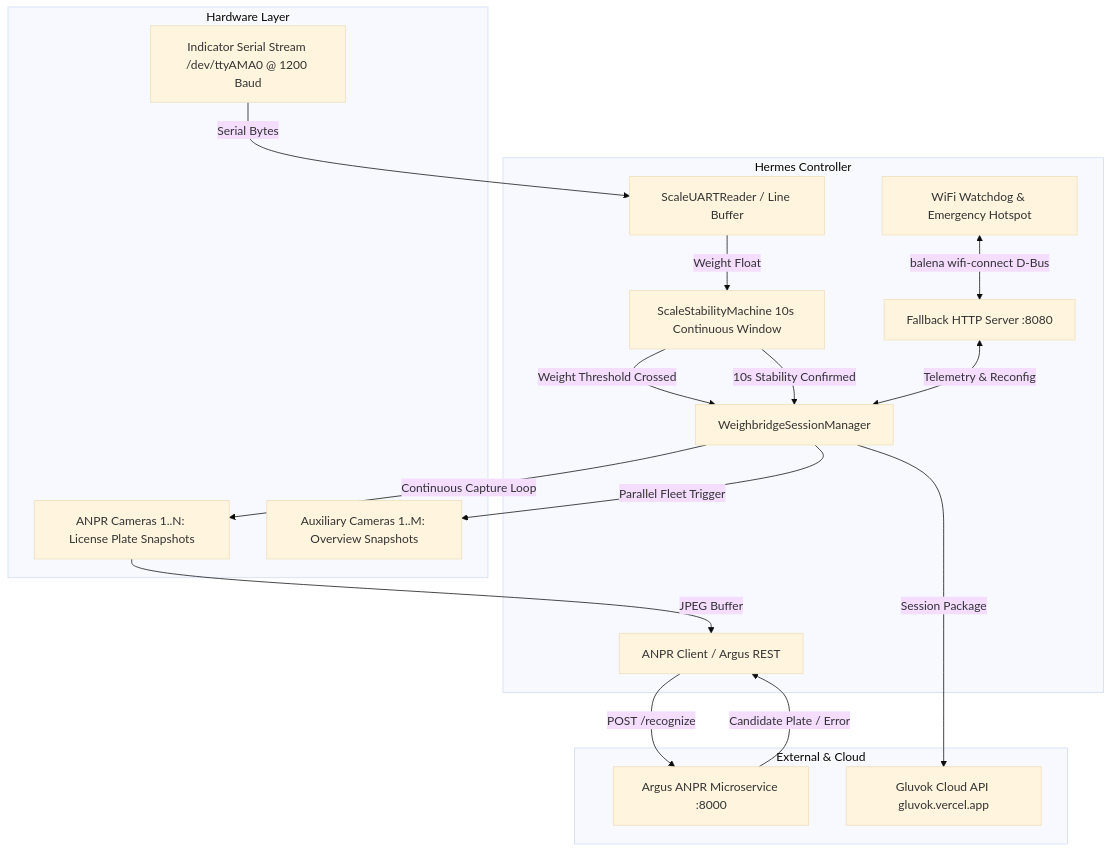
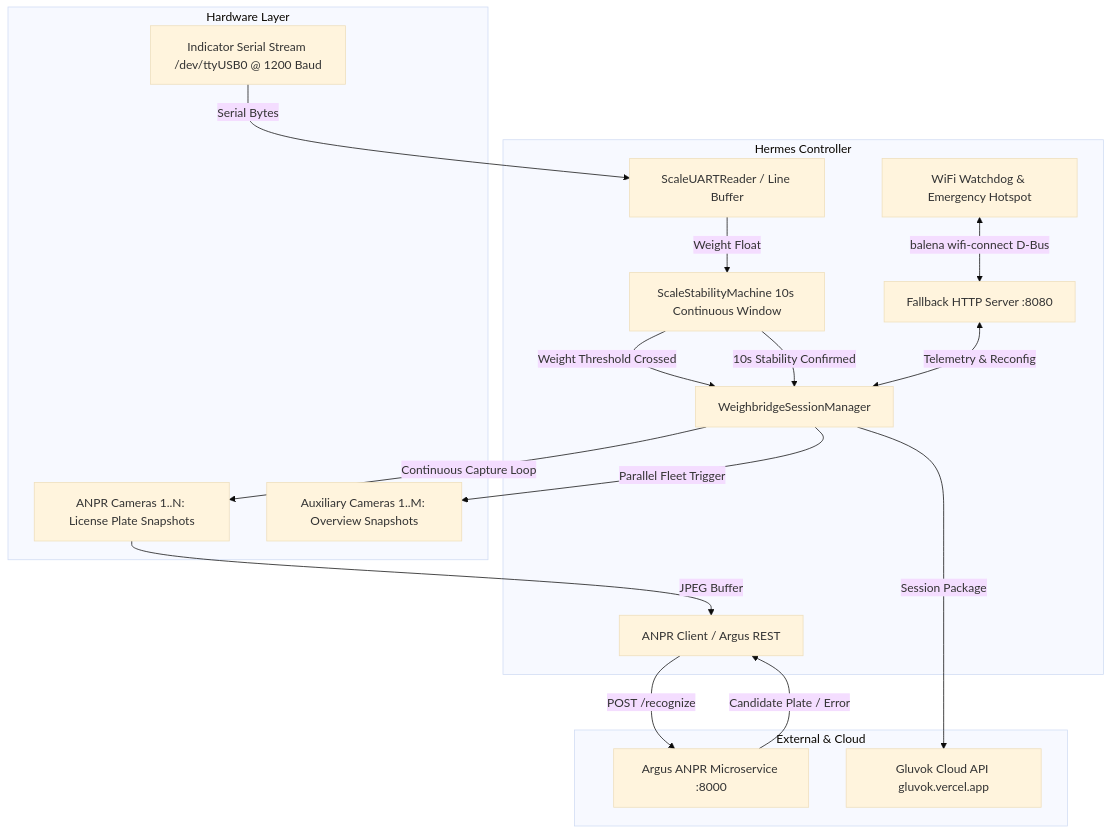
Before and after one commit to gluvok/hermes: the first of 2 diagrams in docs/ARCHITECTURE.md, drawn with Mermaid (base theme). The commit also changed other lines of this file and 1 other file, not shown here.

Commit message:
fix(scale): change default UART serial port to /dev/ttyUSB0

````diff
--- a/docs/ARCHITECTURE.md
+++ b/docs/ARCHITECTURE.md
@@ -9,35 +9,35 @@
 ```mermaid
 graph TD
     subgraph Hardware Layer
-        Scale[Indicator Serial Stream /dev/ttyAMA0 @ 1200 Baud]
+        Scale[Indicator Serial Stream /dev/ttyUSB0 @ 1200 Baud]
         CamANPR[ANPR Cameras 1..N: License Plate Snapshots]
         CamAux[Auxiliary Cameras 1..M: Overview Snapshots]
     end
 
     subgraph Hermes Controller
         UART[ScaleUARTReader / Line Buffer]
         Stability[ScaleStabilityMachine 10s Continuous Window]
         SessionMgr[WeighbridgeSessionManager]
         ANPRClient[ANPR Client / Argus REST]
         WebDiag[Fallback HTTP Server :8080]
         WiFiWatchdog[WiFi Watchdog & Emergency Hotspot]
     end
 
     subgraph External & Cloud
         ArgusMicroservice[Argus ANPR Microservice :8000]
         GluvokAPI[Gluvok Cloud API gluvok.vercel.app]
     end
 
     Scale -->|Serial Bytes| UART
     UART -->|Weight Float| Stability
     Stability -->|Weight Threshold Crossed| SessionMgr
     SessionMgr -->|Continuous Capture Loop| CamANPR
     CamANPR -->|JPEG Buffer| ANPRClient
     ANPRClient -->|POST /recognize| ArgusMicroservice
     ArgusMicroservice -->|Candidate Plate / Error| ANPRClient
     Stability -->|10s Stability Confirmed| SessionMgr
     SessionMgr -->|Parallel Fleet Trigger| CamAux
     SessionMgr -->|Session Package| GluvokAPI
     WebDiag <-->|Telemetry & Reconfig| SessionMgr
     WiFiWatchdog <-->|balena wifi-connect D-Bus| WebDiag
 ```
````
